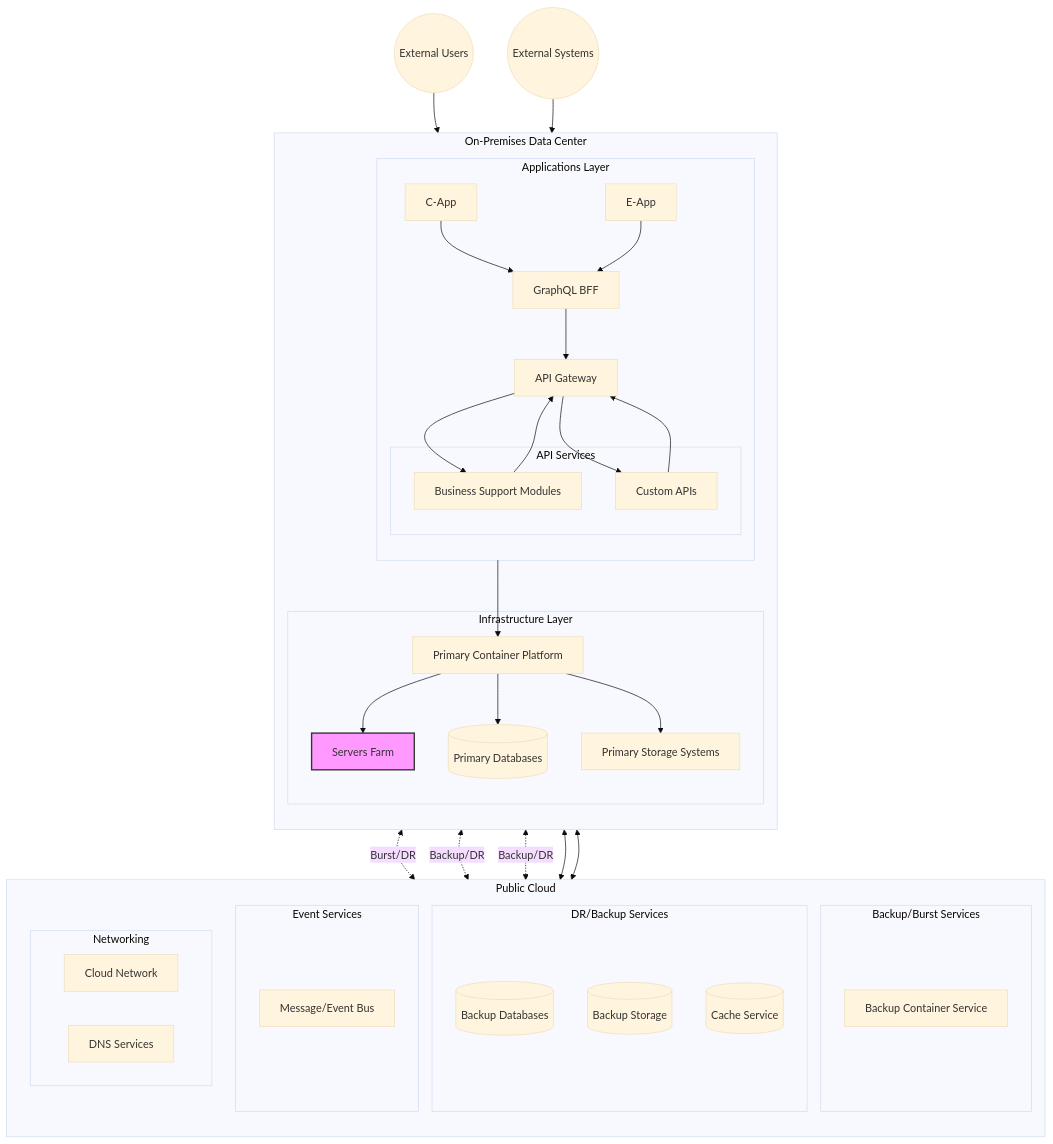
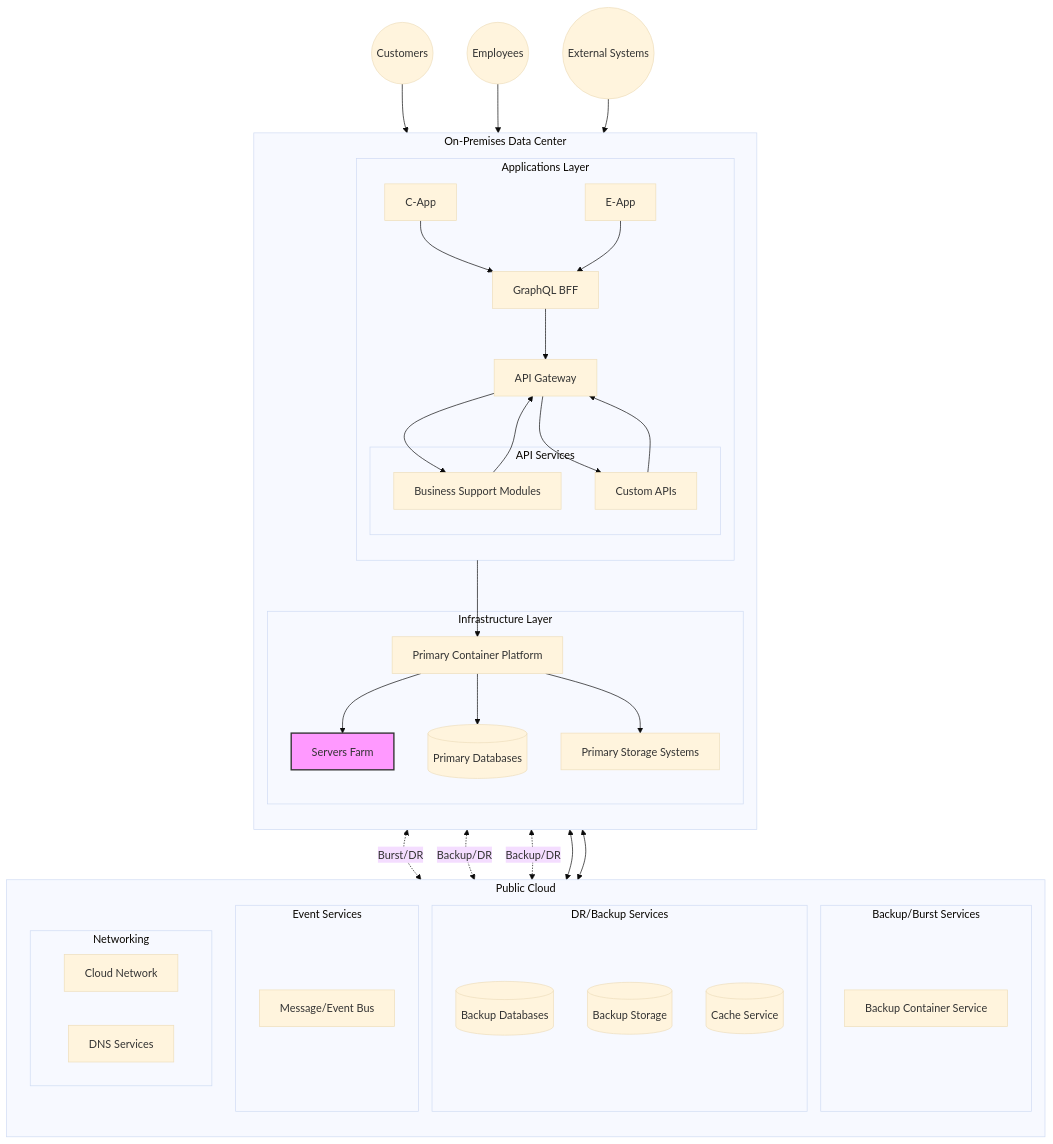
The diagram in Generic-HybridCloud.md (henryrestive/infra-docs), drawn with Mermaid (base theme) before and after one commit. The commit also changed 2 other files, not shown here.

Commit message:
Break `External Users` to `Customers` and `Employees`

````diff
--- a/Generic-HybridCloud.md
+++ b/Generic-HybridCloud.md
@@ -8,66 +8,68 @@
 ```mermaid
 graph TB
     subgraph OnPrem[On-Premises Data Center]
         direction TB
         subgraph Apps[Applications Layer]
             CApp[C-App]
             EApp[E-App]
             subgraph API[API Services]
                 BSM[Business Support Modules]
                 CustomAPI[Custom APIs]
             end
             BFF[GraphQL BFF]
             Gateway[API Gateway]
         end
         
         subgraph Infrastructure[Infrastructure Layer]
             ServersFarm[Servers Farm]:::serversFarm
             ContainerPlatform[Primary Container Platform]
             PrimaryDB[(Primary Databases)]
             PrimaryStorage[Primary Storage Systems]
         end
     end
 
     subgraph Cloud[Public Cloud]
         direction TB
         subgraph Compute[Backup/Burst Services]
             BackupContainers[Backup Container Service]
         end
         
         subgraph Data[DR/Backup Services]
             BackupDB[(Backup Databases)]
             BackupStorage[(Backup Storage)]
             Cache[(Cache Service)]
         end
         
         subgraph Messaging[Event Services]
             EventBus[Message/Event Bus]
         end
         
         subgraph Network[Networking]
             CloudNet[Cloud Network]
             DNS[DNS Services]
         end
     end
 
-    ExternalUsers((External Users))
+    Customers((Customers))
+    Employees((Employees))
     ExternalSystems((External Systems))
 
     CApp & EApp --> BFF
     BFF --> Gateway
     BSM & CustomAPI --> Gateway
     Gateway --> BSM
     Gateway --> CustomAPI
-    ExternalUsers --> Gateway
+    Customers --> CApp
+    Employees --> EApp
     ExternalSystems --> Gateway
     Apps --> ContainerPlatform
     ContainerPlatform --> ServersFarm
     ContainerPlatform --> PrimaryDB
     ContainerPlatform --> PrimaryStorage
     ContainerPlatform <-.->|Burst/DR| BackupContainers
     PrimaryDB <-.->|Backup/DR| BackupDB
     PrimaryStorage <-.->|Backup/DR| BackupStorage
     BSM & CustomAPI <--> EventBus
 
     classDef serversFarm fill:#f9f,stroke:#333,stroke-width:2px;
 ```
````
